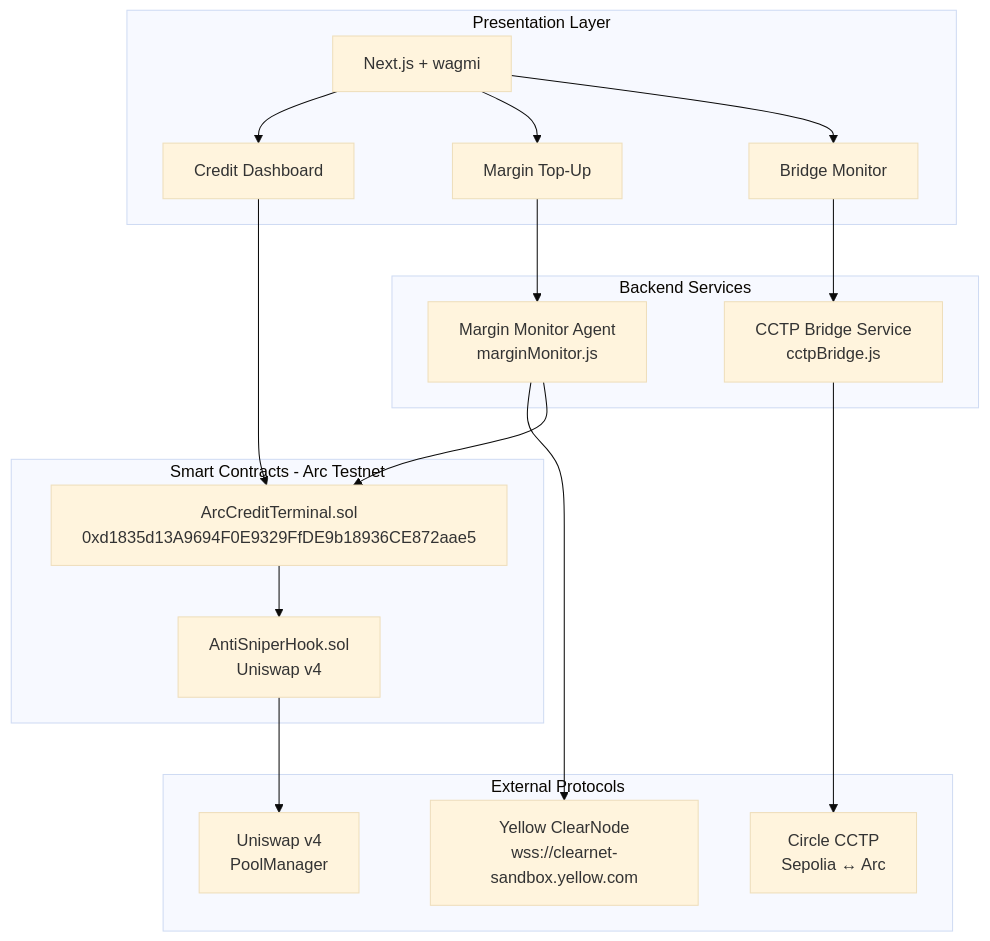
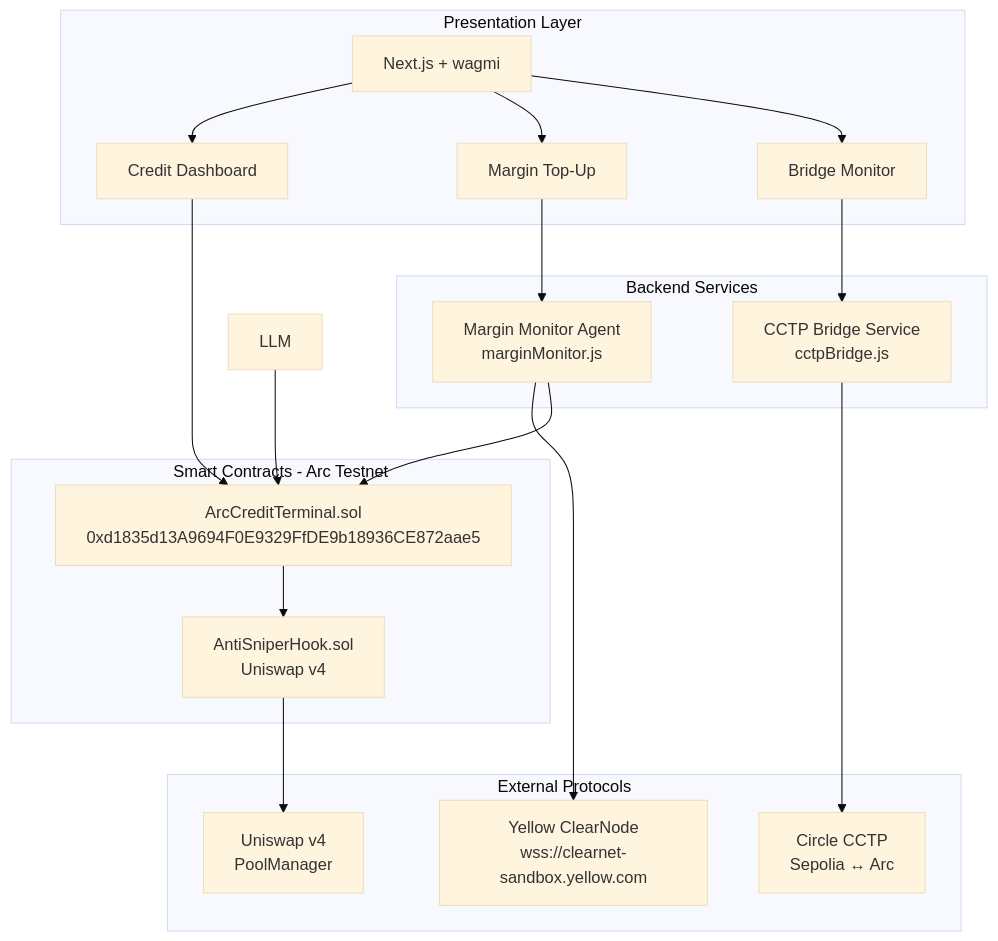
The second of 7 diagrams in README.md (N-45div/HackMoney2026), drawn with Mermaid (base theme) before and after one commit. The commit also changed other lines of this file and 2 other files, not shown here.

First line of the commit message:
docs: update README and ARCHITECTURE with LLM agent flow and OpenRouter integration

````diff
--- a/README.md
+++ b/README.md
@@ -41,37 +41,38 @@
 ```mermaid
 graph TB
     subgraph "Presentation Layer"
         UI[Next.js + wagmi]
         CD[Credit Dashboard]
         MT[Margin Top-Up]
         BM[Bridge Monitor]
     end
     
     subgraph "Smart Contracts - Arc Testnet"
         ACT[ArcCreditTerminal.sol<br/>0xd1835d13A9694F0E9329FfDE9b18936CE872aae5]
         ASH[AntiSniperHook.sol<br/>Uniswap v4]
     end
     
     subgraph "Backend Services"
         MM[Margin Monitor Agent<br/>marginMonitor.js]
         CB[CCTP Bridge Service<br/>cctpBridge.js]
     end
     
     subgraph "External Protocols"
         YN[Yellow ClearNode<br/>wss://clearnet-sandbox.yellow.com]
         CCTP[Circle CCTP<br/>Sepolia ↔ Arc]
         V4[Uniswap v4<br/>PoolManager]
     end
     
     UI --> CD
     UI --> MT
     UI --> BM
     CD --> ACT
     MT --> MM
     BM --> CB
     MM --> YN
     MM --> ACT
     CB --> CCTP
     ACT --> ASH
     ASH --> V4
+    LLM --> ACT
 ```
````
